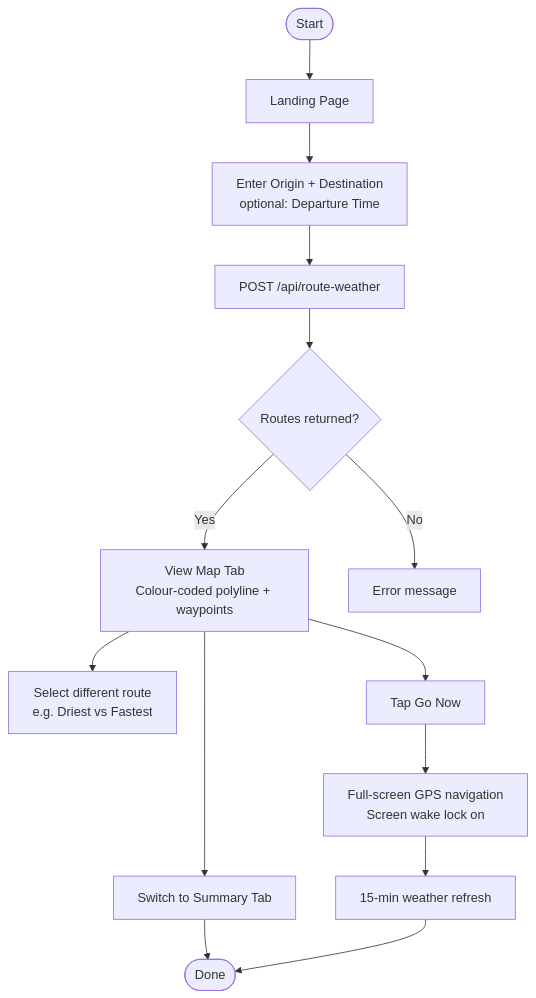
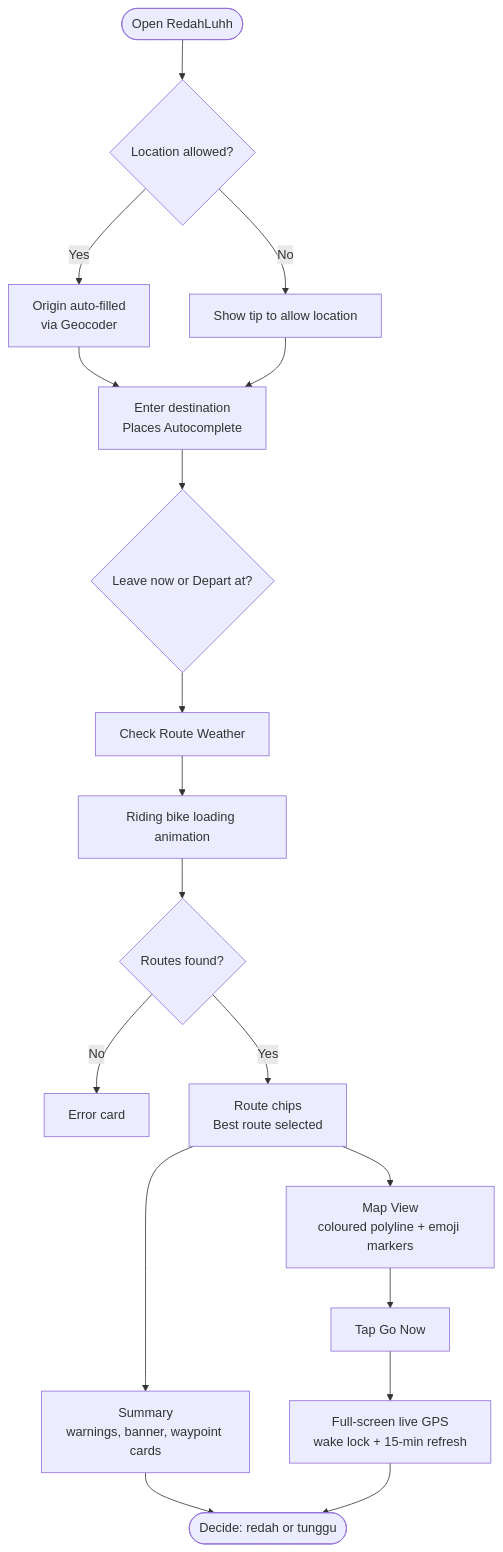
Before and after one commit to snsyaqirah/snsyaqirah.github.io: the fourth of 17 diagrams in portfolio-react/public/docs/redahluhh.md, drawn with Mermaid. The commit also changed other lines of this file and 101 other files, not shown here.

````diff
--- a/portfolio-react/public/docs/redahluhh.md
+++ b/portfolio-react/public/docs/redahluhh.md
@@ -136,16 +161,20 @@
 ```mermaid
 flowchart TD
-    A([Start]) --> B[Landing Page]
-    B --> C[Enter Origin + Destination\noptional: Departure Time]
-    C --> D[POST /api/route-weather]
-    D --> E{Routes returned?}
-    E -->|Yes| F[View Map Tab\nColour-coded polyline + waypoints]
-    E -->|No| G[Error message]
-    F --> H[Switch to Summary Tab]
-    F --> I[Select different route\ne.g. Driest vs Fastest]
-    F --> J[Tap Go Now]
-    J --> K[Full-screen GPS navigation\nScreen wake lock on]
-    K --> L[15-min weather refresh]
-    H --> M([Done])
-    L --> M
+    A([Open RedahLuhh]) --> B{Location allowed?}
+    B -->|Yes| C["Origin auto-filled<br/>via Geocoder"]
+    B -->|No| D["Show tip to allow location"]
+    C --> E["Enter destination<br/>Places Autocomplete"]
+    D --> E
+    E --> F{"Leave now or Depart at?"}
+    F --> G["Check Route Weather"]
+    G --> H["Riding bike loading animation"]
+    H --> I{Routes found?}
+    I -->|No| J["Error card"]
+    I -->|Yes| K["Route chips<br/>Best route selected"]
+    K --> L["Map View<br/>coloured polyline + emoji markers"]
+    K --> M["Summary<br/>warnings, banner, waypoint cards"]
+    L --> N["Tap Go Now"]
+    N --> O["Full-screen live GPS<br/>wake lock + 15-min refresh"]
+    M --> P([Decide: redah or tunggu])
+    O --> P
 ```
````
